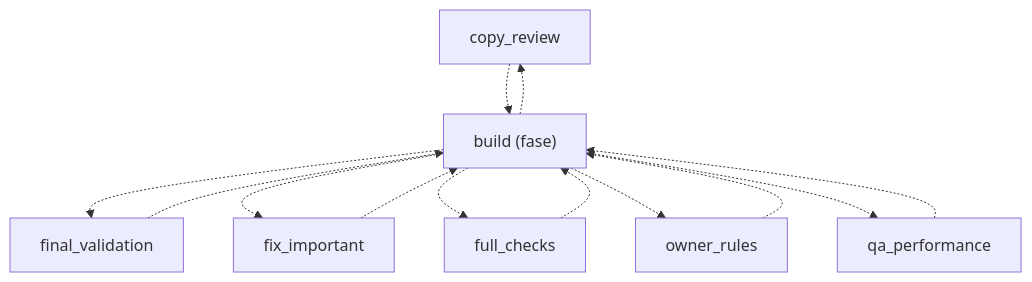
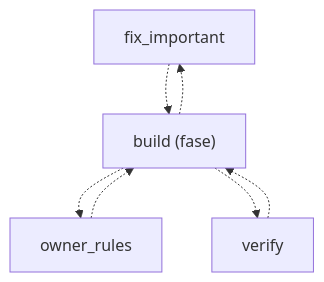
Before and after one commit to GonzaloZevallos/agentic-system: the diagram in docs/architecture/generated/role-graph-review.md, drawn with Mermaid. The commit also changed other lines of this file and 7 other files, not shown here.

Commit message:
Document the verifier set: ADR-0083, remissions, glossary, flow and regenerated pages (GH-469)

````diff
--- a/docs/architecture/generated/role-graph-review.md
+++ b/docs/architecture/generated/role-graph-review.md
@@ -13,22 +13,13 @@
 ```mermaid
 graph TD
-    copy_review["copy_review"]
-    final_validation["final_validation"]
     fix_important["fix_important"]
-    full_checks["full_checks"]
     owner_rules["owner_rules"]
     phase_build["build (fase)"]
-    qa_performance["qa_performance"]
-    copy_review -.-> phase_build
-    final_validation -.-> phase_build
+    verify["verify"]
     fix_important -.-> phase_build
-    full_checks -.-> phase_build
     owner_rules -.-> phase_build
-    phase_build -.-> copy_review
-    phase_build -.-> final_validation
     phase_build -.-> fix_important
-    phase_build -.-> full_checks
     phase_build -.-> owner_rules
-    phase_build -.-> qa_performance
-    qa_performance -.-> phase_build
+    phase_build -.-> verify
+    verify -.-> phase_build
 ```
````
